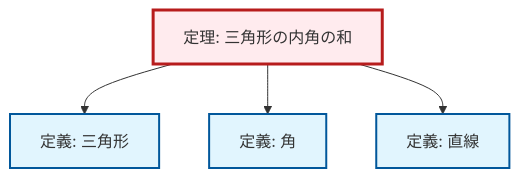
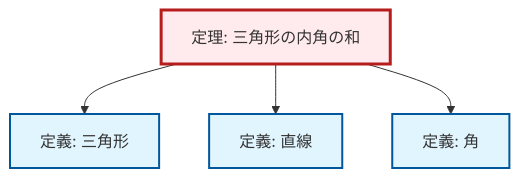
One commit to RK0429/ModernMath changed the diagram in content/ja/geometry/thm-angle-sum-triangle.qmd. Above: the diagram before and after it, drawn with Mermaid. The commit also changed other lines of this file and 1012 other files, not shown here.

````diff
--- a/content/ja/geometry/thm-angle-sum-triangle.qmd
+++ b/content/ja/geometry/thm-angle-sum-triangle.qmd
@@ -58,20 +58,20 @@
 ```{mermaid}
 %%| fig-cap: "Local dependency graph"
 graph TD
     classDef definition fill:#e1f5fe,stroke:#01579b,stroke-width:2px
     classDef theorem fill:#f3e5f5,stroke:#4a148c,stroke-width:2px
     classDef axiom fill:#fff3e0,stroke:#e65100,stroke-width:2px
     classDef example fill:#e8f5e9,stroke:#1b5e20,stroke-width:2px
     classDef current fill:#ffebee,stroke:#b71c1c,stroke-width:3px
     def-line["定義: 直線"]:::definition
+    thm-angle-sum-triangle["定理: 三角形の内角の和"]:::theorem
     def-triangle["定義: 三角形"]:::definition
-    thm-angle-sum-triangle["定理: 三角形の内角の和"]:::theorem
     def-angle["定義: 角"]:::definition
     thm-angle-sum-triangle --> def-triangle
+    thm-angle-sum-triangle --> def-line
     thm-angle-sum-triangle --> def-angle
-    thm-angle-sum-triangle --> def-line
     class thm-angle-sum-triangle current
     click def-line "def-line.html" "直線の定義へ"
     click def-triangle "def-triangle.html" "三角形の定義へ"
     click def-angle "def-angle.html" "角の定義へ"
 ```
````
